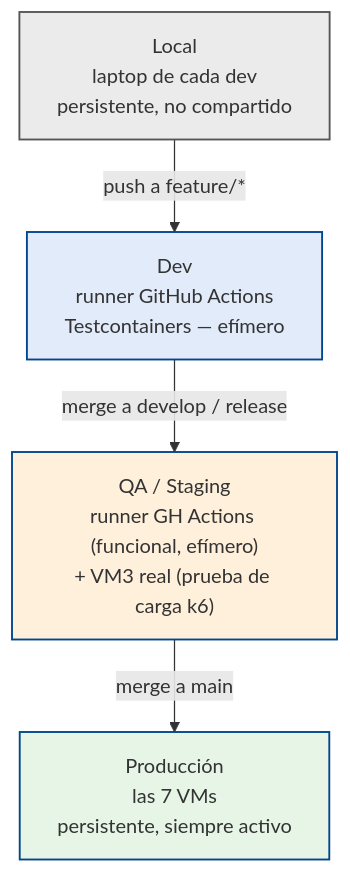
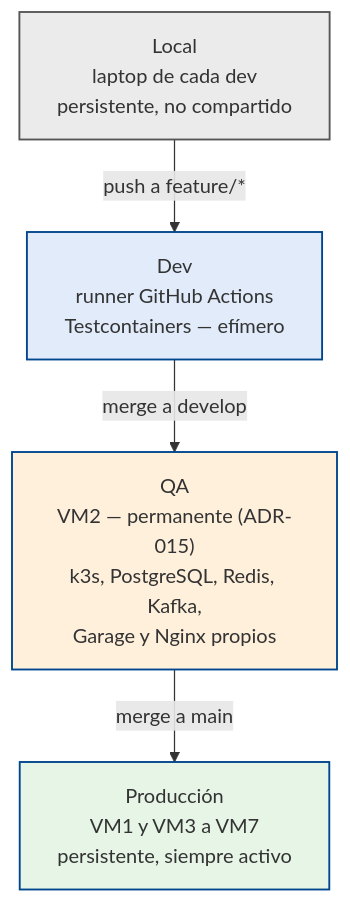
The fifth of 8 diagrams in docs/architecture/SDD.md (ARQUI-202630/quickpatch), drawn with Mermaid before and after one commit. The commit also changed other lines of this file and 1 other file, not shown here.

First line of the commit message:
docs(arquitectura): diagrama de despliegue de producción y corrección del capítulo 7 del SDD

````diff
--- a/docs/architecture/SDD.md
+++ b/docs/architecture/SDD.md
@@ -1227,16 +1217,16 @@
 ```mermaid
 flowchart TB
     L["Local<br/>laptop de cada dev<br/>persistente, no compartido"]
     D["Dev<br/>runner GitHub Actions<br/>Testcontainers — efímero"]
-    Q["QA / Staging<br/>runner GH Actions (funcional, efímero)<br/>+ VM3 real (prueba de carga k6)"]
-    P["Producción<br/>las 7 VMs<br/>persistente, siempre activo"]
+    Q["QA<br/>VM2 — permanente (ADR-015)<br/>k3s, PostgreSQL, Redis, Kafka,<br/>Garage y Nginx propios"]
+    P["Producción<br/>VM1 y VM3 a VM7<br/>persistente, siempre activo"]
 
     L -->|"push a feature/*"| D
-    D -->|"merge a develop / release"| Q
+    D -->|"merge a develop"| Q
     Q -->|"merge a main"| P
 
     style L fill:#EBEBEB,stroke:#555555,stroke-width:1.5px
     style D fill:#E1EBFA,stroke:#00468C,stroke-width:1.5px
     style Q fill:#FFF0DC,stroke:#00468C,stroke-width:1.5px
     style P fill:#E6F5E6,stroke:#00468C,stroke-width:1.5px
 ```
````
